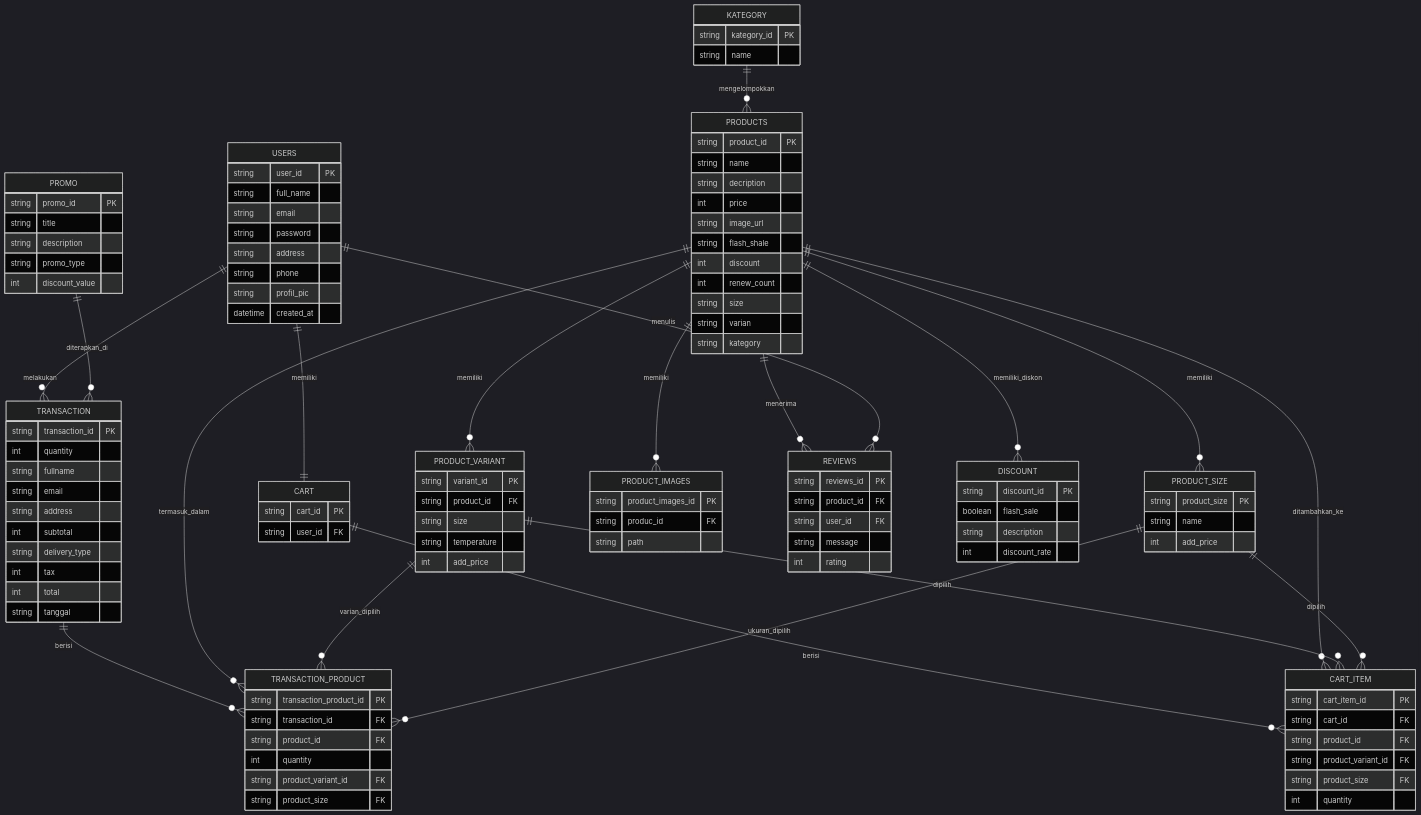
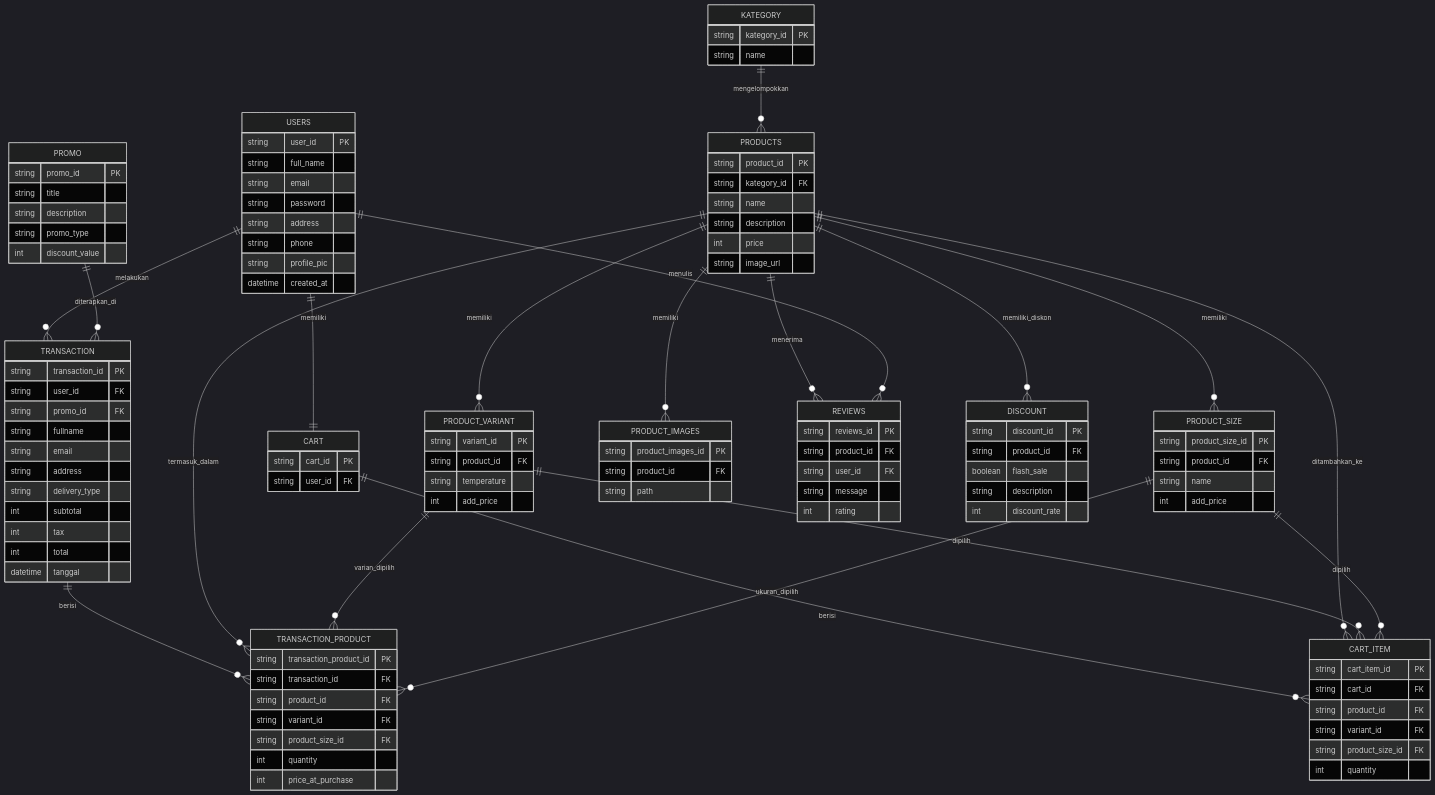
One commit to adityabastyas/koda-b6-db changed the diagram in README.md. Above: the diagram before and after it, drawn with Mermaid (dark theme).

Commit message:
fix: repair attribut products, product_size

```diff
--- a/README.md
+++ b/README.md
@@ -10,22 +10,17 @@
         string password
         string address
         string phone
-        string profil_pic
+        string profile_pic
         datetime created_at
     }
 
     PRODUCTS {
       string product_id PK
+      string kategory_id FK
       string name
-      string decription
+      string description
       int price
       string image_url
-      string flash_shale
-      int discount
-      int renew_count
-      string size
-      string varian
-      string kategory
     }
 
     KATEGORY {
@@ -51,51 +46,52 @@
     string cart_item_id PK
     string cart_id FK
     string product_id FK
-    string product_variant_id FK
-    string product_size FK
+    string variant_id FK
+    string product_size_id FK
     int quantity
     }
 
     PRODUCT_VARIANT{
       string variant_id PK
       string product_id FK
-      string size
       string temperature
       int add_price
     }
 
     PRODUCT_SIZE{
-      string product_size PK
+      string product_size_id PK
+      string product_id FK
       string name
       int add_price
-
     }
 
     TRANSACTION {
       string transaction_id PK
-      int quantity
+      string user_id FK
+      string promo_id FK
       string fullname
       string email
       string address
+      string delivery_type
       int subtotal
-      string delivery_type
       int tax
       int total
-      string tanggal
+      datetime tanggal
     }
 
     TRANSACTION_PRODUCT {
       string transaction_product_id PK
       string transaction_id FK
       string product_id FK
+      string variant_id FK
+      string product_size_id FK
       int quantity
-      string product_variant_id FK 
-      string product_size FK
+      int price_at_purchase
     }
 
     PRODUCT_IMAGES{
       string product_images_id PK
-      string produc_id FK
+      string product_id FK
       string path
     }
 
@@ -109,6 +105,7 @@
 
     DISCOUNT{
       string discount_id PK
+      string product_id FK
       boolean flash_sale
       string description
       int discount_rate
```
